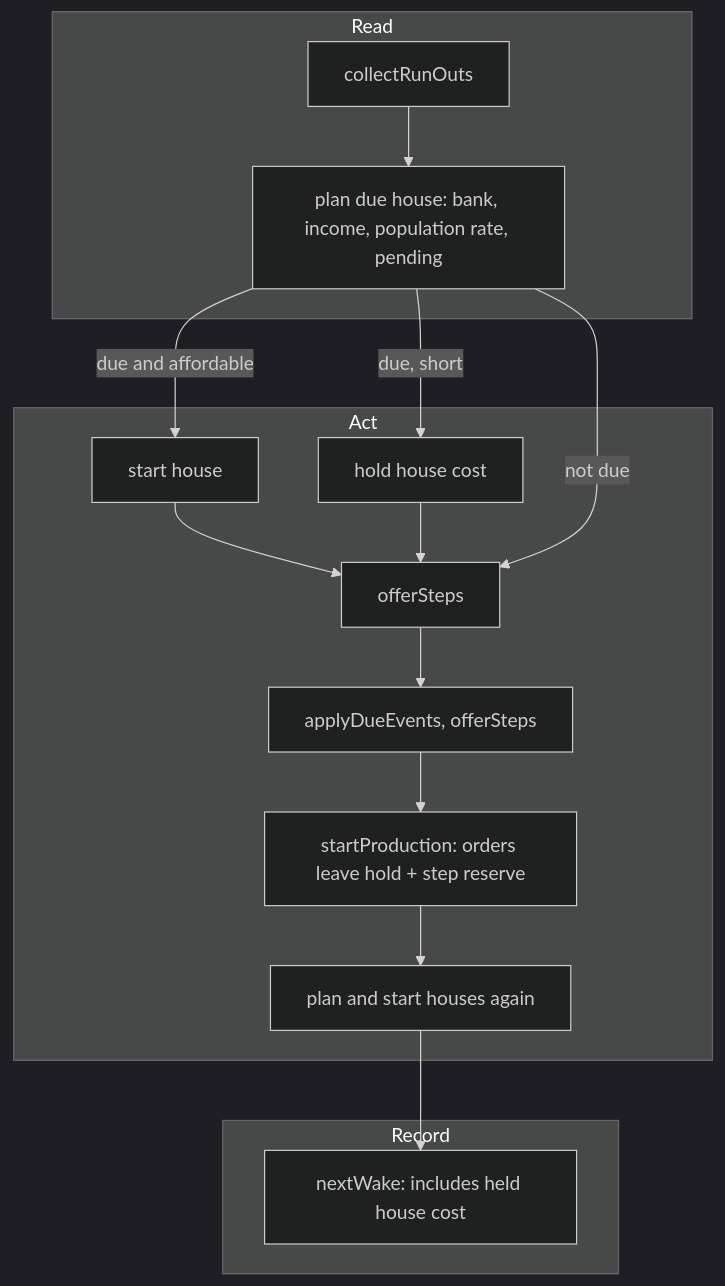
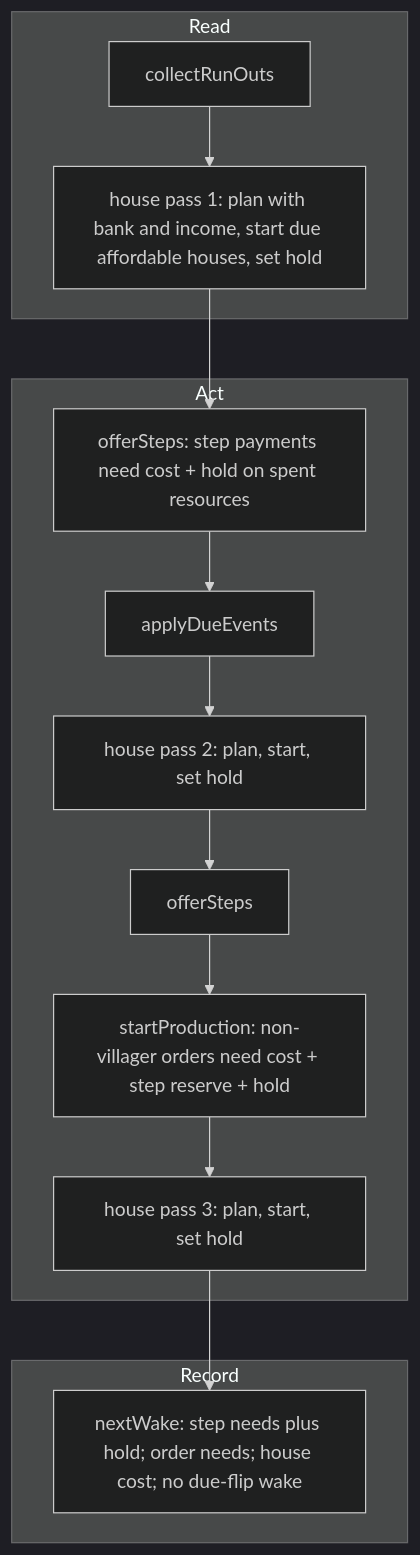
The diagram in projects/strategy-game-sim/tickets/SGS-156-aoe4-auto-houses-plan-ahead-for-wood.md (NicholasKChoi/WOTR_Combat_Simulator), drawn with Mermaid (dark theme) before and after one commit. The commit also changed other lines of this file and 24 other files, not shown here.

````diff
--- a/projects/strategy-game-sim/tickets/SGS-156-aoe4-auto-houses-plan-ahead-for-wood.md
+++ b/projects/strategy-game-sim/tickets/SGS-156-aoe4-auto-houses-plan-ahead-for-wood.md
@@ -64,19 +66,17 @@
 ```mermaid
 flowchart TD
   subgraph read[Read]
-    A[collectRunOuts] --> B[plan due house: bank, income, population rate, pending]
+    A[collectRunOuts] --> B["house pass 1: plan with bank and income, start due affordable houses, set hold"]
   end
   subgraph act[Act]
-    B -->|due and affordable| C[start house]
-    B -->|due, short| D[hold house cost]
-    C --> E[offerSteps]
-    D --> E
-    B -->|not due| E
-    E --> F[applyDueEvents, offerSteps]
-    F --> G["startProduction: orders leave hold + step reserve"]
-    G --> H[plan and start houses again]
+    B --> E["offerSteps: step payments need cost + hold on spent resources"]
+    E --> F[applyDueEvents]
+    F --> F2["house pass 2: plan, start, set hold"]
+    F2 --> F3[offerSteps]
+    F3 --> G["startProduction: non-villager orders need cost + step reserve + hold"]
+    G --> H["house pass 3: plan, start, set hold"]
   end
   subgraph record[Record]
-    H --> I["nextWake: includes held house cost"]
+    H --> I["nextWake: step needs plus hold; order needs; house cost; no due-flip wake"]
   end
 ```
````
